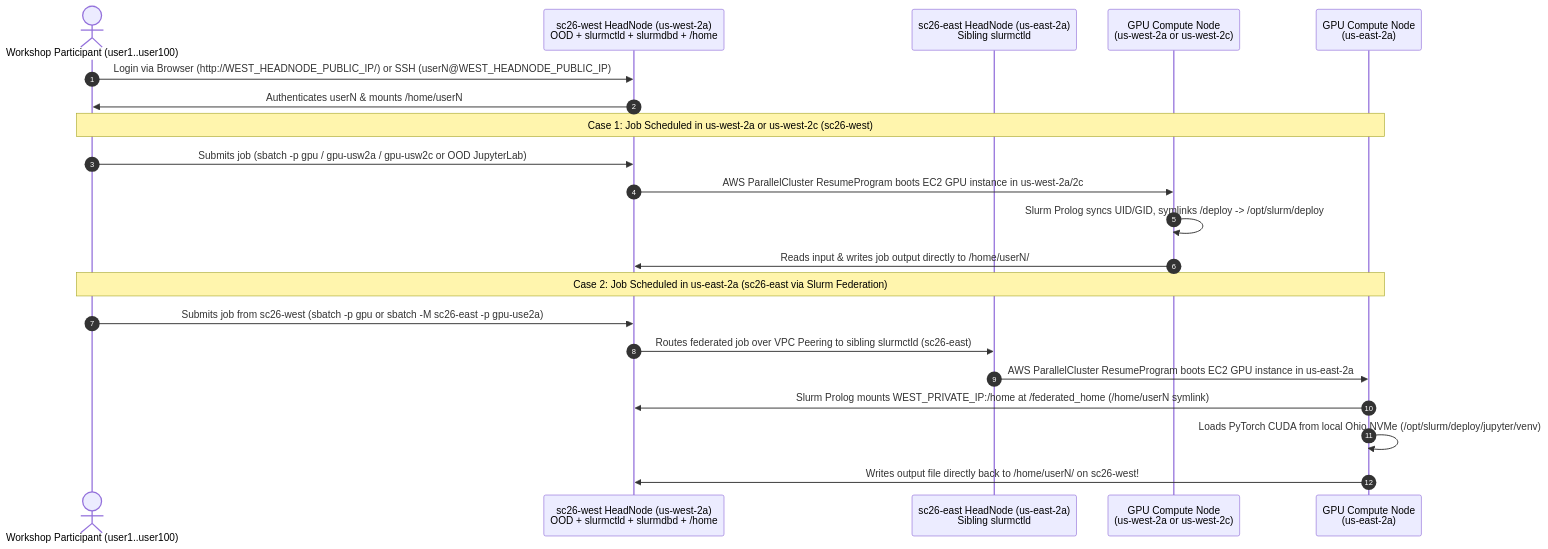
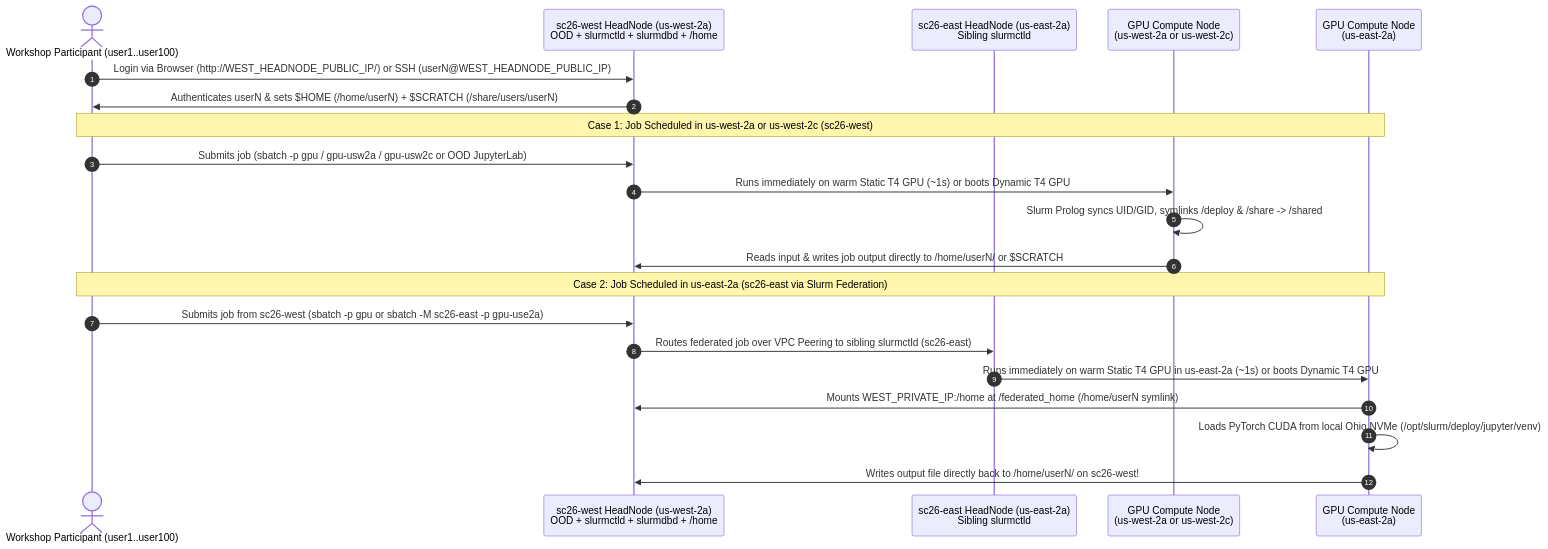
Before and after one commit to fengchenLBL/nersc-sc26-dev: the second of 2 diagrams in SC26_SUMMARY.md, drawn with Mermaid. The commit also changed other lines of this file and 6 other files, not shown here.

````diff
--- a/SC26_SUMMARY.md
+++ b/SC26_SUMMARY.md
@@ -125,26 +125,26 @@
 ```mermaid
 sequenceDiagram
     autonumber
     actor User as Workshop Participant (user1..user100)
     participant WestHN as sc26-west HeadNode (us-west-2a)<br/>OOD + slurmctld + slurmdbd + /home
     participant EastHN as sc26-east HeadNode (us-east-2a)<br/>Sibling slurmctld
     participant WestGPU as GPU Compute Node<br/>(us-west-2a or us-west-2c)
     participant EastGPU as GPU Compute Node<br/>(us-east-2a)
 
     User->>WestHN: Login via Browser (http://WEST_HEADNODE_PUBLIC_IP/) or SSH (userN@WEST_HEADNODE_PUBLIC_IP)
-    WestHN->>User: Authenticates userN & mounts /home/userN
+    WestHN->>User: Authenticates userN & sets $HOME (/home/userN) + $SCRATCH (/share/users/userN)
 
     note over User,EastGPU: Case 1: Job Scheduled in us-west-2a or us-west-2c (sc26-west)
     User->>WestHN: Submits job (sbatch -p gpu / gpu-usw2a / gpu-usw2c or OOD JupyterLab)
-    WestHN->>WestGPU: AWS ParallelCluster ResumeProgram boots EC2 GPU instance in us-west-2a/2c
-    WestGPU->>WestGPU: Slurm Prolog syncs UID/GID, symlinks /deploy -> /opt/slurm/deploy
-    WestGPU->>WestHN: Reads input & writes job output directly to /home/userN/
+    WestHN->>WestGPU: Runs immediately on warm Static T4 GPU (~1s) or boots Dynamic T4 GPU
+    WestGPU->>WestGPU: Slurm Prolog syncs UID/GID, symlinks /deploy & /share -> /shared
+    WestGPU->>WestHN: Reads input & writes job output directly to /home/userN/ or $SCRATCH
 
     note over User,EastGPU: Case 2: Job Scheduled in us-east-2a (sc26-east via Slurm Federation)
     User->>WestHN: Submits job from sc26-west (sbatch -p gpu or sbatch -M sc26-east -p gpu-use2a)
     WestHN->>EastHN: Routes federated job over VPC Peering to sibling slurmctld (sc26-east)
-    EastHN->>EastGPU: AWS ParallelCluster ResumeProgram boots EC2 GPU instance in us-east-2a
-    EastGPU->>WestHN: Slurm Prolog mounts WEST_PRIVATE_IP:/home at /federated_home (/home/userN symlink)
+    EastHN->>EastGPU: Runs immediately on warm Static T4 GPU in us-east-2a (~1s) or boots Dynamic T4 GPU
+    EastGPU->>WestHN: Mounts WEST_PRIVATE_IP:/home at /federated_home (/home/userN symlink)
     EastGPU->>EastGPU: Loads PyTorch CUDA from local Ohio NVMe (/opt/slurm/deploy/jupyter/venv)
     EastGPU->>WestHN: Writes output file directly back to /home/userN/ on sc26-west!
 ```
````
